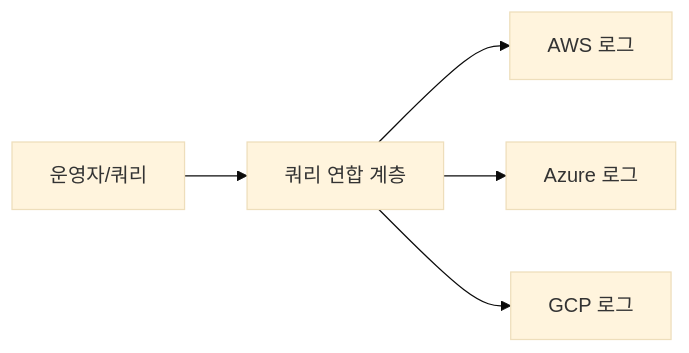
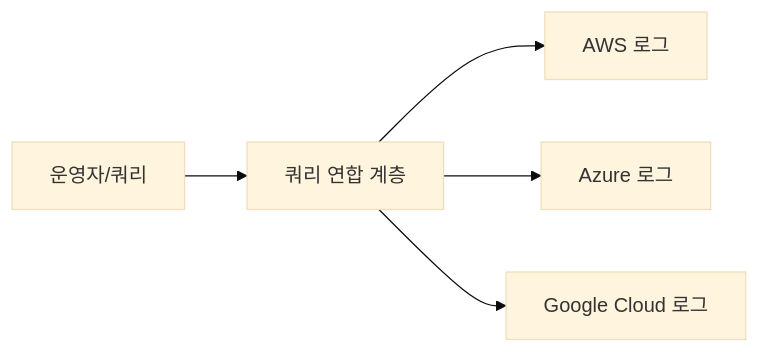
Before and after one commit to cloudpickr/cloudpick-docs: the third of 3 diagrams in devops/observability.md, drawn with Mermaid (base theme). The commit also changed other lines of this file and 68 other files, not shown here.

Commit message:
docs: standardize all GCP references to Google Cloud

````diff
--- a/devops/observability.md
+++ b/devops/observability.md
@@ -77,7 +77,7 @@
 ```mermaid
 graph LR
     U[운영자/쿼리] --> F[쿼리 연합 계층]
     F --> A[AWS 로그]
     F --> B[Azure 로그]
-    F --> G[GCP 로그]
+    F --> G[Google Cloud 로그]
 ```
````
